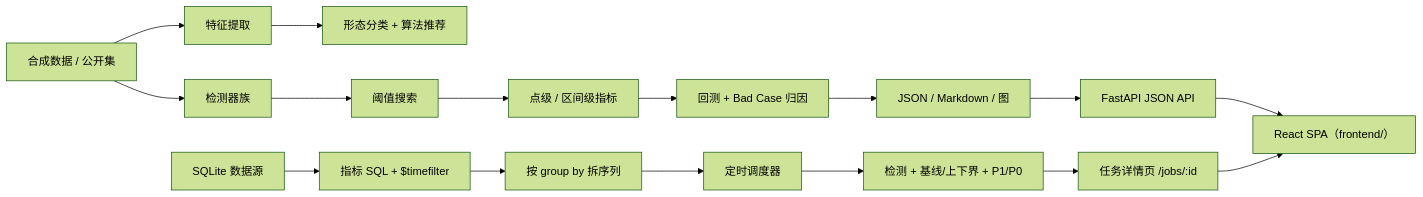
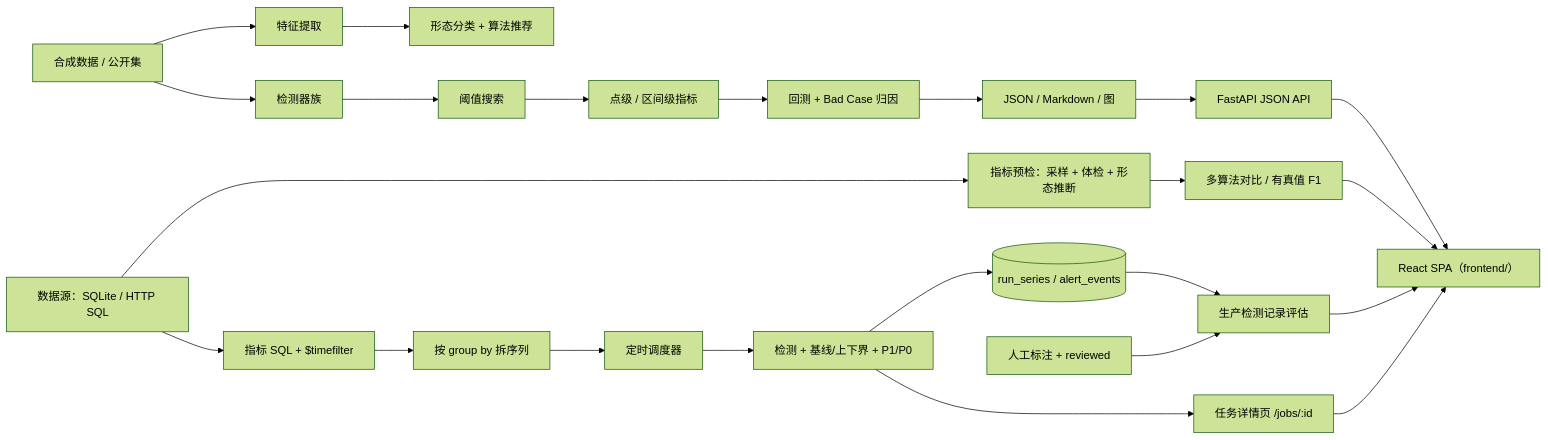
One commit to RiverWind1024/anomaly-lab changed the diagram in README.md. Above: the diagram before and after it, drawn with Mermaid (forest theme). The commit also changed other lines of this file and 4 other files, not shown here.

First line of the commit message:
docs(readme): 补界面截图、指标预检与生产评估章节

````diff
--- a/README.md
+++ b/README.md
@@ -13,18 +31,25 @@
 ```mermaid
 flowchart LR
   A[合成数据 / 公开集] --> B[特征提取]
   B --> C[形态分类 + 算法推荐]
   A --> D[检测器族]
   D --> E[阈值搜索]
   E --> F[点级 / 区间级指标]
   F --> G[回测 + Bad Case 归因]
   G --> H[JSON / Markdown / 图]
   H --> I[FastAPI JSON API]
-  S[SQLite 数据源] --> SP[指标 SQL + $timefilter]
+  S[数据源：SQLite / HTTP SQL] --> SP[指标 SQL + $timefilter]
   SP --> SPL[按 group by 拆序列]
   SPL --> SCH[定时调度器]
   SCH --> RUN[检测 + 基线/上下界 + P1/P0]
+  RUN --> RS[(run_series / alert_events)]
+  S --> LAB[指标预检：采样 + 体检 + 形态推断]
+  LAB --> LBR[多算法对比 / 有真值 F1]
+  RS --> PE[生产检测记录评估]
+  AN[人工标注 + reviewed] --> PE
   RUN --> PV[任务详情页 /jobs/:id]
   I --> FE[React SPA（frontend/）]
+  LBR --> FE
+  PE --> FE
   PV --> FE
 ```
````
